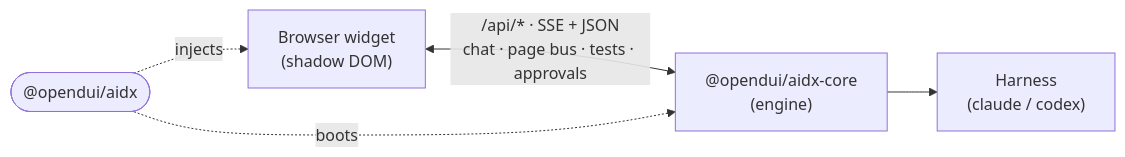
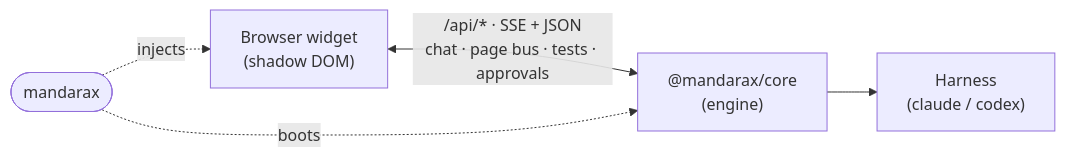
The diagram in apps/site/content/docs/how-it-works.mdx (conciv-dev/conciv), drawn with Mermaid before and after one commit. The commit also changed other lines of this file and 303 other files, not shown here.

First line of the commit message:
chore: rename product aidx → mandarax

````diff
--- a/apps/site/content/docs/how-it-works.mdx
+++ b/apps/site/content/docs/how-it-works.mdx
@@ -10,11 +10,11 @@
 ```mermaid
 flowchart LR
-  P(["@opendui/aidx"])
+  P(["mandarax"])
   W["Browser widget<br/>(shadow DOM)"]
-  C["@opendui/aidx-core<br/>(engine)"]
+  C["@mandarax/core<br/>(engine)"]
   H["Harness<br/>(claude / codex)"]
   W <-->|"/api/* · SSE + JSON<br/>chat · page bus · tests · approvals"| C
   C --> H
   P -. injects .-> W
   P -. boots .-> C
 ```
````
